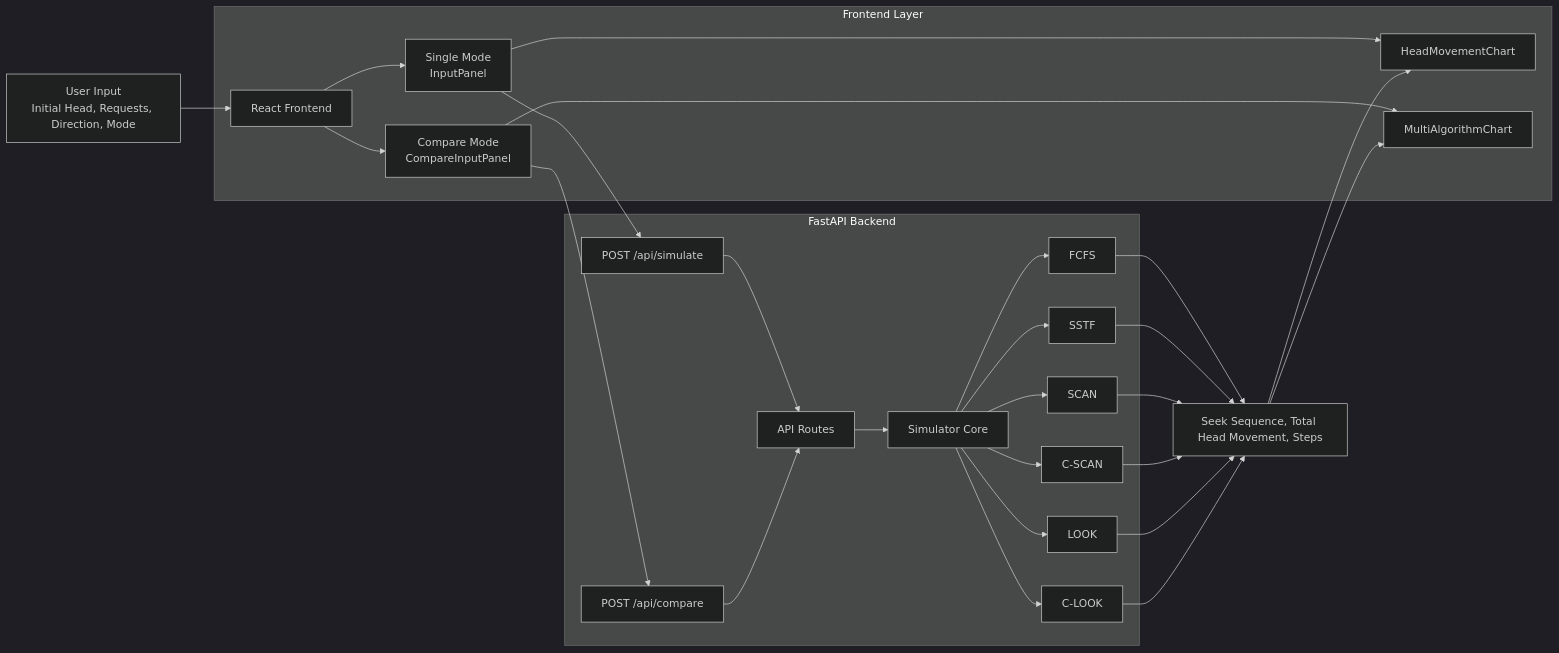
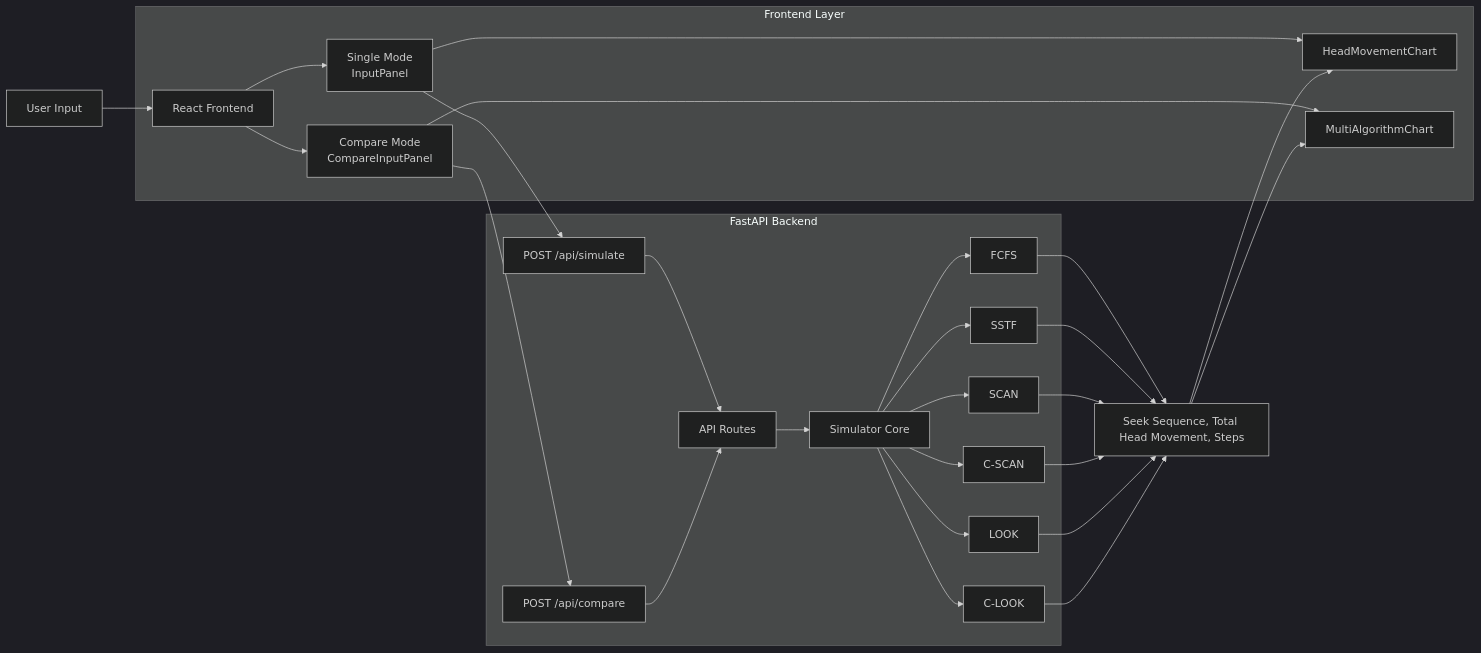
One commit to Sanjay24-05/Disk-Scheduling-Algorithm changed the diagram in README.md. Above: the diagram before and after it, drawn with Mermaid (dark theme).

````diff
--- a/README.md
+++ b/README.md
@@ -23,36 +23,36 @@
 ```mermaid
 flowchart LR
-    U[User Input\nInitial Head, Requests, Direction, Mode] --> FE[React Frontend]
+    U[User Input] --> FE[React Frontend]
 
     subgraph FE_LAYER[Frontend Layer]
         FE --> M1[Single Mode\nInputPanel]
         FE --> M2[Compare Mode\nCompareInputPanel]
         M1 --> C1[HeadMovementChart]
         M2 --> C2[MultiAlgorithmChart]
     end
 
     M1 --> API1[POST /api/simulate]
     M2 --> API2[POST /api/compare]
 
     subgraph BE_LAYER[FastAPI Backend]
         API1 --> R[API Routes]
         API2 --> R
         R --> S[Simulator Core]
         S --> A1[FCFS]
         S --> A2[SSTF]
         S --> A3[SCAN]
         S --> A4[C-SCAN]
         S --> A5[LOOK]
         S --> A6[C-LOOK]
     end
 
     A1 --> OUT[Seek Sequence, Total Head Movement, Steps]
     A2 --> OUT
     A3 --> OUT
     A4 --> OUT
     A5 --> OUT
     A6 --> OUT
 
     OUT --> C1
     OUT --> C2
 ```
````
